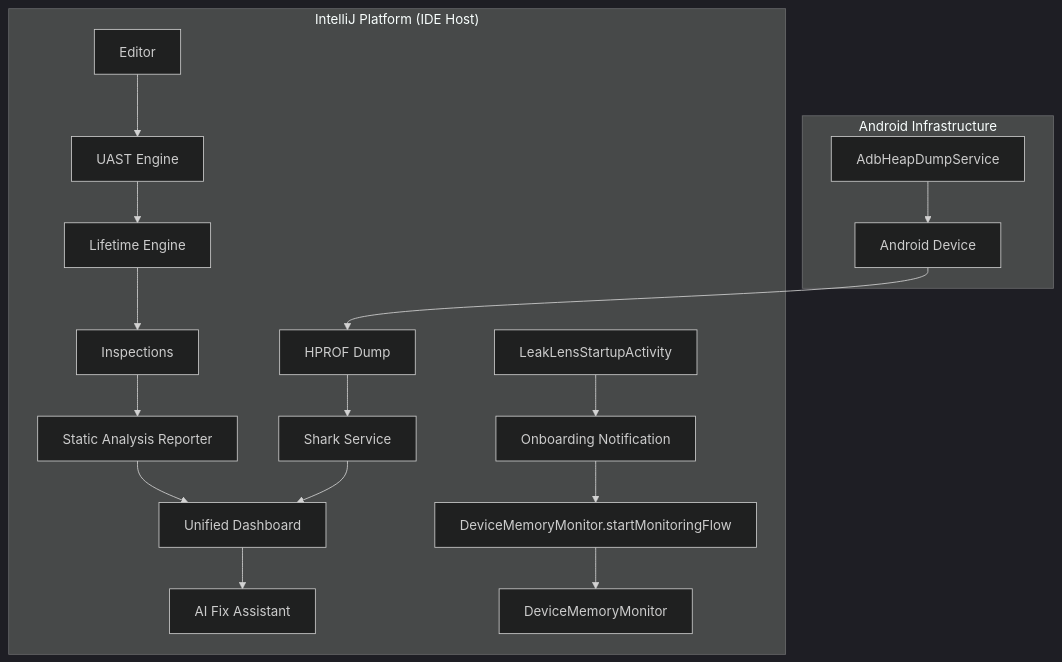
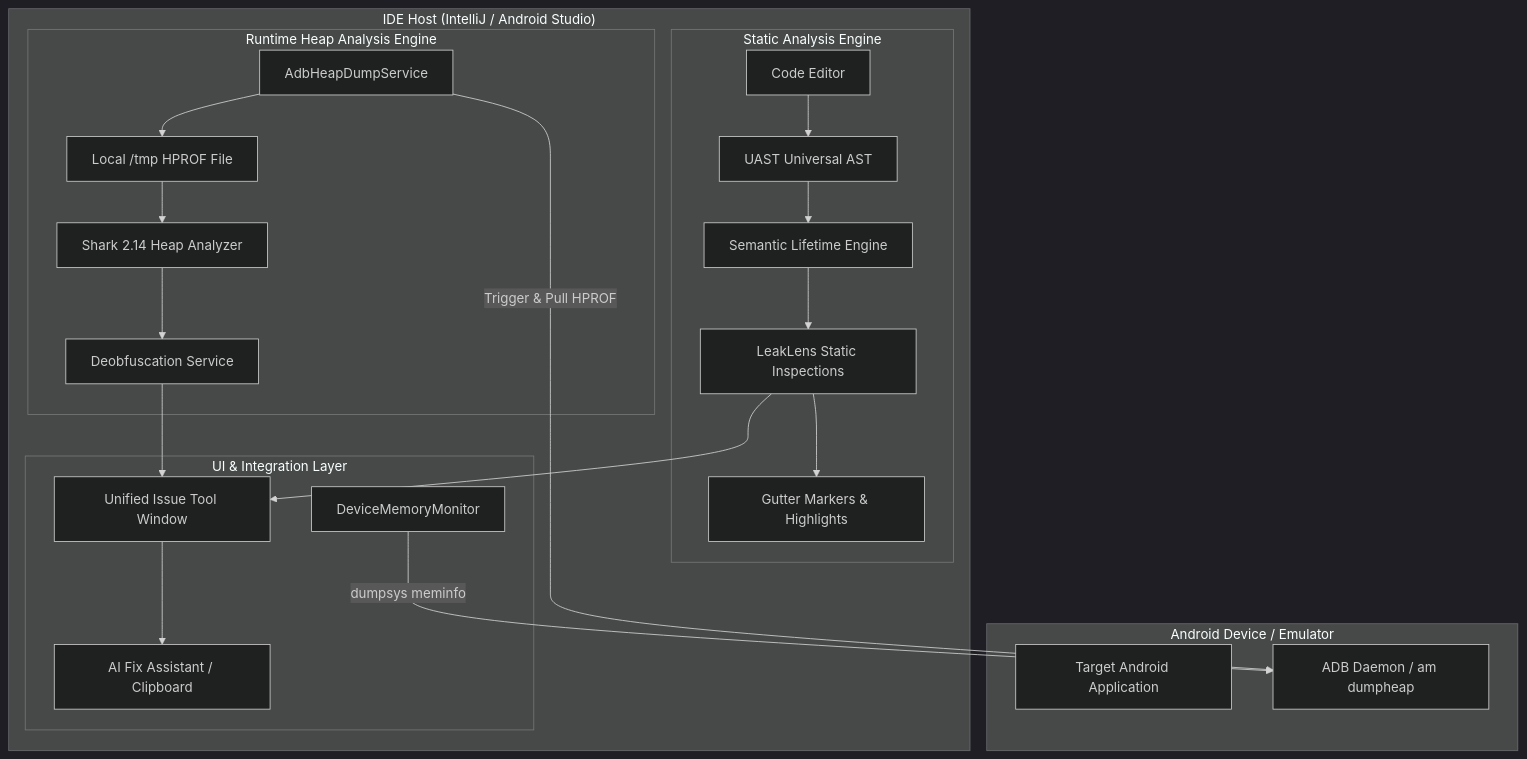
Before and after one commit to dev-vikas-soni/leak-lens: the diagram in docs/ARCHITECTURE.md, drawn with Mermaid (dark theme). The commit also changed other lines of this file and 9 other files, not shown here.

Commit message:
docs: align LeakLens public claims with verified implementation

````diff
--- a/docs/ARCHITECTURE.md
+++ b/docs/ARCHITECTURE.md
@@ -9,24 +11,30 @@
 ```mermaid
 graph TD
-    subgraph "IntelliJ Platform (IDE Host)"
-        Editor[Editor] --> UAST[UAST Engine]
-        UAST --> LifetimeEngine[Lifetime Engine]
-        LifetimeEngine --> Insp[Inspections]
-        Insp --> Reporter[Static Analysis Reporter]
-        Reporter --> Dashboard[Unified Dashboard]
-        
-        Hprof --> Shark[Shark Service]
-        Shark --> Dashboard
-        
-        Dashboard --> AI[AI Fix Assistant]
-        
-        Startup[LeakLensStartupActivity] --> Onboarding[Onboarding Notification]
-        Onboarding --> MonitorFlow[DeviceMemoryMonitor.startMonitoringFlow]
-        MonitorFlow --> Monitor[DeviceMemoryMonitor]
+    subgraph "Android Device / Emulator"
+        App[Target Android Application]
+        ADB_Daemon[ADB Daemon / am dumpheap]
     end
 
-    subgraph "Android Infrastructure"
-        ADB[AdbHeapDumpService] --> Device[Android Device]
-        Device --> Hprof[HPROF Dump]
+    subgraph "IDE Host (IntelliJ / Android Studio)"
+        subgraph "Static Analysis Engine"
+            Editor[Code Editor] --> UAST[UAST Universal AST]
+            UAST --> LifetimeEngine[Semantic Lifetime Engine]
+            LifetimeEngine --> StaticInspections[LeakLens Static Inspections]
+            StaticInspections --> Gutter[Gutter Markers & Highlights]
+        end
+
+        subgraph "Runtime Heap Analysis Engine"
+            AdbService[AdbHeapDumpService] -->|Trigger & Pull HPROF| ADB_Daemon
+            AdbService --> TempHprof[Local /tmp HPROF File]
+            TempHprof --> SharkService[Shark 2.14 Heap Analyzer]
+            SharkService --> Deobfuscator[Deobfuscation Service]
+        end
+
+        subgraph "UI & Integration Layer"
+            StaticInspections --> Dashboard[Unified Issue Tool Window]
+            Deobfuscator --> Dashboard
+            Dashboard --> AI[AI Fix Assistant / Clipboard]
+            Monitor[DeviceMemoryMonitor] -->|dumpsys meminfo| ADB_Daemon
+        end
     end
 ```
````
